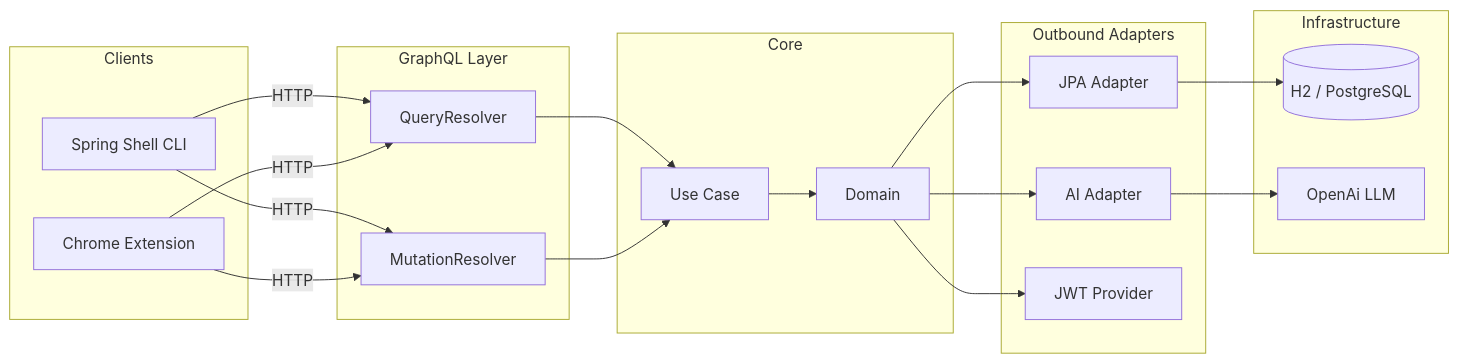
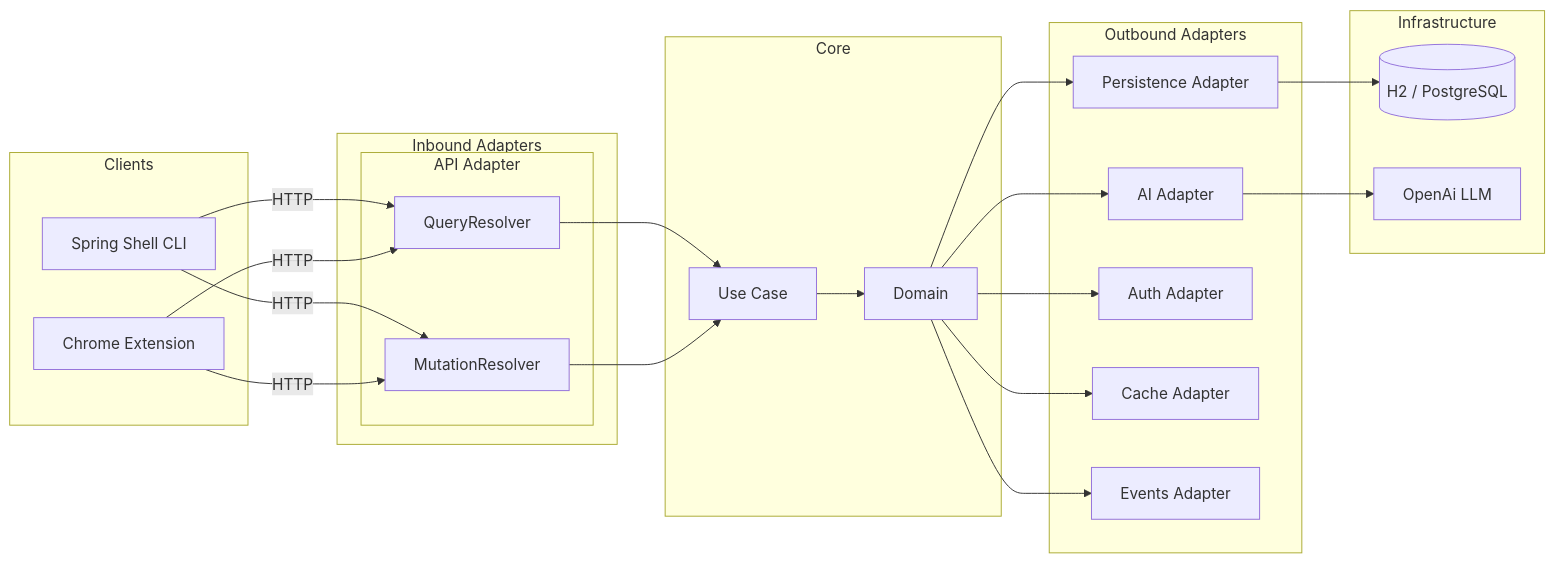
One commit to JuanPabloJimenezEsclusa/alexandra-job-tracker changed the second of 3 diagrams in README.md. Above: the diagram before and after it, drawn with Mermaid. The commit also changed other lines of this file and 62 other files, not shown here.

First line of the commit message:
refactor(adapter): migrate authentication from jjwt to spring security (#79)

````diff
--- a/README.md
+++ b/README.md
@@ -155,35 +153,41 @@
 ```mermaid
 flowchart LR
-    subgraph clients [Clients]
-        CLI["Spring Shell CLI"]
-        Ext["Chrome Extension"]
-    end
+  subgraph clients [Clients]
+    CLI["Spring Shell CLI"]
+    Ext["Chrome Extension"]
+  end
 
-    subgraph api [GraphQL Layer]
-        QR["QueryResolver"]
-        MR["MutationResolver"]
-    end
+  subgraph api [API Adapter]
+    QR["QueryResolver"]
+    MR["MutationResolver"]
+  end
 
-    subgraph core [Core]
-        UC["Use Case"]
-        Domain["Domain"]
-    end
+  subgraph inbound [Inbound Adapters]
+    api[GraphQL Layer]
+  end
 
-    subgraph outbound [Outbound Adapters]
-        JPA["JPA Adapter"]
-        AI["AI Adapter"]
-        JWT["JWT Provider"]
-    end
+  subgraph core [Core]
+    UC["Use Case"]
+    Domain["Domain"]
+  end
 
-    subgraph storage [Infrastructure]
-        DB[("H2 / PostgreSQL")]
-        LLM["OpenAi LLM"]
-    end
+  subgraph outbound [Outbound Adapters]
+    JPA["Persistence Adapter"]
+    AI["AI Adapter"]
+    Auth["Auth Adapter"]
+    Cache["Cache Adapter"]
+    Events["Events Adapter"]
+  end
 
-    CLI --> |HTTP| QR & MR
-    Ext --> |HTTP| QR & MR
-    QR & MR --> UC --> Domain
-    Domain --> JPA & AI & JWT
-    JPA --> DB
-    AI --> LLM
+  subgraph storage [Infrastructure]
+    DB[("H2 / PostgreSQL")]
+    LLM["OpenAi LLM"]
+  end
+
+  CLI --> |HTTP| QR & MR
+  Ext --> |HTTP| QR & MR
+  QR & MR --> UC --> Domain
+  Domain --> JPA & AI & Auth & Cache & Events
+  JPA --> DB
+  AI --> LLM
 ```
````
